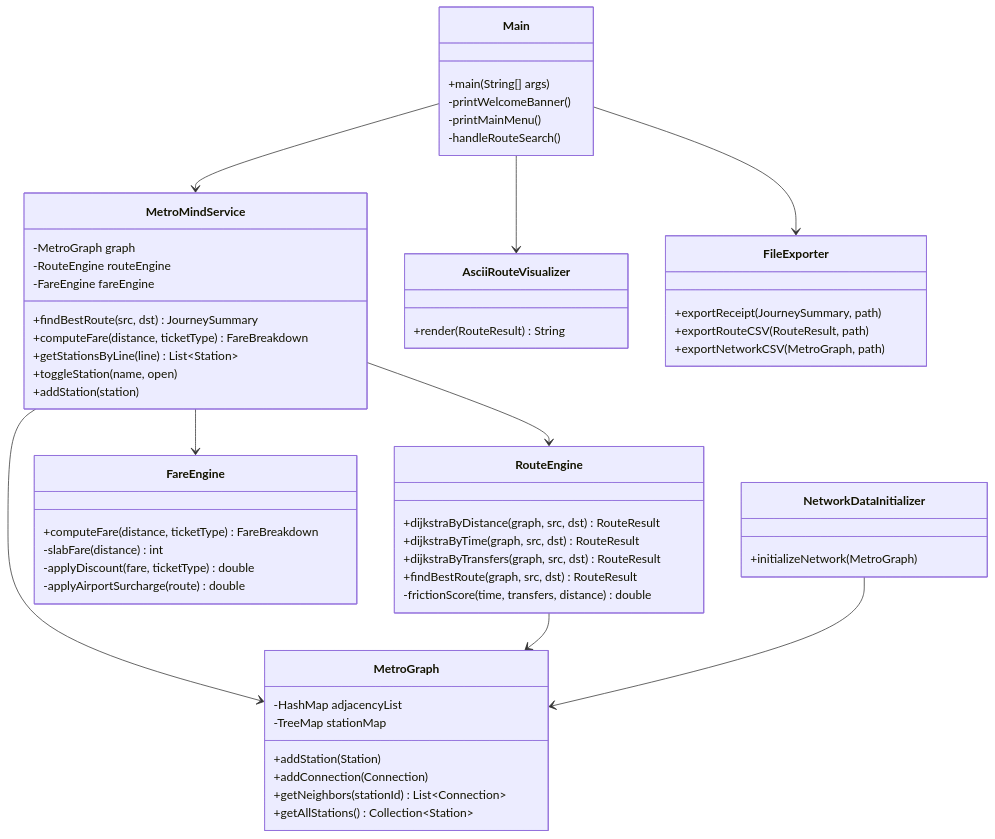
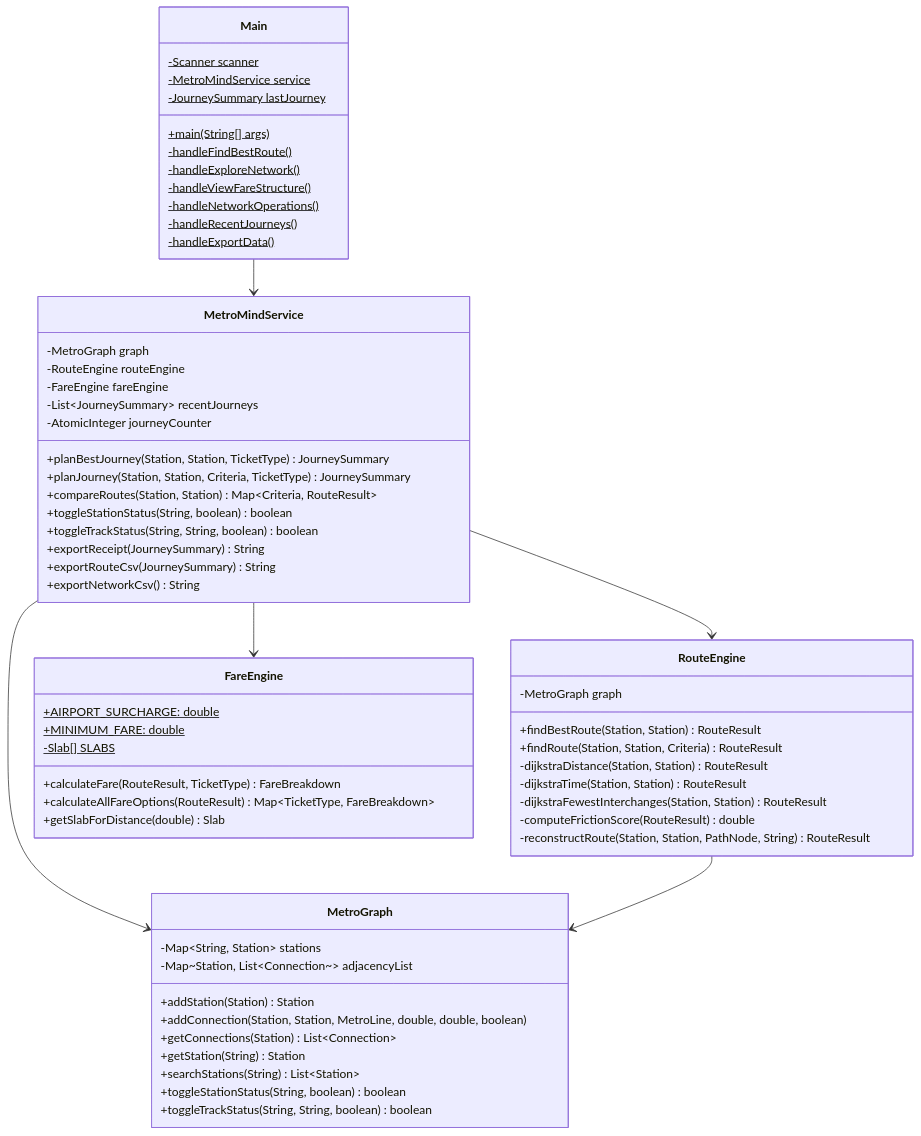
One commit to Lakshya241/MetroMind changed the second of 4 diagrams in README.md. Above: the diagram before and after it, drawn with Mermaid. The commit also changed other lines of this file and 11 other files, not shown here.

Commit message:
refactor: update README with comprehensive documentation, architecture, and visual screenshots

````diff
--- a/README.md
+++ b/README.md
@@ -80,67 +205,71 @@
 ```mermaid
 classDiagram
+    direction TB
+
     class Main {
-        +main(String[] args)
-        -printWelcomeBanner()
-        -printMainMenu()
-        -handleRouteSearch()
+        -Scanner scanner$
+        -MetroMindService service$
+        -JourneySummary lastJourney$
+        +main(String[] args)$
+        -handleFindBestRoute()$
+        -handleExploreNetwork()$
+        -handleViewFareStructure()$
+        -handleNetworkOperations()$
+        -handleRecentJourneys()$
+        -handleExportData()$
     }
 
     class MetroMindService {
         -MetroGraph graph
         -RouteEngine routeEngine
         -FareEngine fareEngine
-        +findBestRoute(src, dst) JourneySummary
-        +computeFare(distance, ticketType) FareBreakdown
-        +getStationsByLine(line) List~Station~
-        +toggleStation(name, open)
-        +addStation(station)
+        -List~JourneySummary~ recentJourneys
+        -AtomicInteger journeyCounter
+        +planBestJourney(Station, Station, TicketType) JourneySummary
+        +planJourney(Station, Station, Criteria, TicketType) JourneySummary
+        +compareRoutes(Station, Station) Map~Criteria, RouteResult~
+        +toggleStationStatus(String, boolean) boolean
+        +toggleTrackStatus(String, String, boolean) boolean
+        +exportReceipt(JourneySummary) String
+        +exportRouteCsv(JourneySummary) String
+        +exportNetworkCsv() String
     }
 
     class MetroGraph {
-        -HashMap adjacencyList
-        -TreeMap stationMap
-        +addStation(Station)
-        +addConnection(Connection)
-        +getNeighbors(stationId) List~Connection~
-        +getAllStations() Collection~Station~
+        -Map~String, Station~ stations
+        -Map~Station, List~Connection~~ adjacencyList
+        +addStation(Station) Station
+        +addConnection(Station, Station, MetroLine, double, double, boolean)
+        +getConnections(Station) List~Connection~
+        +getStation(String) Station
+        +searchStations(String) List~Station~
+        +toggleStationStatus(String, boolean) boolean
+        +toggleTrackStatus(String, String, boolean) boolean
     }
 
     class RouteEngine {
-        +dijkstraByDistance(graph, src, dst) RouteResult
-        +dijkstraByTime(graph, src, dst) RouteResult
-        +dijkstraByTransfers(graph, src, dst) RouteResult
-        +findBestRoute(graph, src, dst) RouteResult
-        -frictionScore(time, transfers, distance) double
+        -MetroGraph graph
+        +findBestRoute(Station, Station) RouteResult
+        +findRoute(Station, Station, Criteria) RouteResult
+        -dijkstraDistance(Station, Station) RouteResult
+        -dijkstraTime(Station, Station) RouteResult
+        -dijkstraFewestInterchanges(Station, Station) RouteResult
+        -computeFrictionScore(RouteResult) double
+        -reconstructRoute(Station, Station, PathNode, String) RouteResult
     }
 
     class FareEngine {
-        +computeFare(distance, ticketType) FareBreakdown
-        -slabFare(distance) int
-        -applyDiscount(fare, ticketType) double
-        -applyAirportSurcharge(route) double
-    }
-
-    class NetworkDataInitializer {
-        +initializeNetwork(MetroGraph)
-    }
-
-    class AsciiRouteVisualizer {
-        +render(RouteResult) String
-    }
-
-    class FileExporter {
-        +exportReceipt(JourneySummary, path)
-        +exportRouteCSV(RouteResult, path)
-        +exportNetworkCSV(MetroGraph, path)
+        +AIRPORT_SURCHARGE: double$
+        +MINIMUM_FARE: double$
+        -Slab[] SLABS$
+        +calculateFare(RouteResult, TicketType) FareBreakdown
+        +calculateAllFareOptions(RouteResult) Map~TicketType, FareBreakdown~
+        +getSlabForDistance(double) Slab
     }
 
     Main --> MetroMindService
     MetroMindService --> MetroGraph
     MetroMindService --> RouteEngine
     MetroMindService --> FareEngine
     RouteEngine --> MetroGraph
-    NetworkDataInitializer --> MetroGraph
-    Main --> AsciiRouteVisualizer
-    Main --> FileExporter
 ```
````
